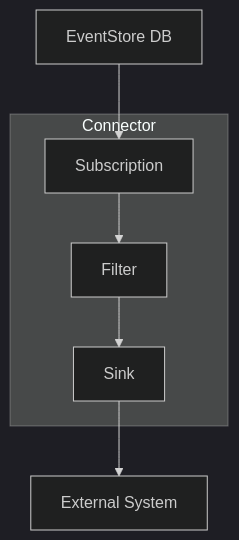
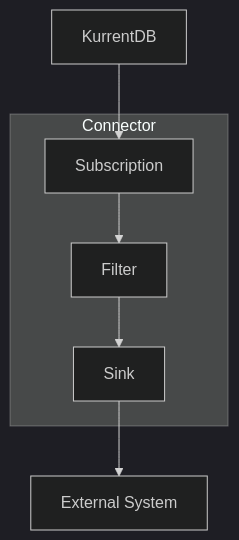
Before and after one commit to EventStore/EventStore: the first of 3 diagrams in docs/server/features/connectors/README.md, drawn with Mermaid (dark theme). The commit also changed other lines of this file and 7 other files, not shown here.

````diff
--- a/docs/server/features/connectors/README.md
+++ b/docs/server/features/connectors/README.md
@@ -16,13 +16,13 @@
 ```mermaid
 graph TD
-    A[EventStore DB] --> B[Subscription]
+    A[KurrentDB] --> B[Subscription]
     B --> C[Filter]
     C --> D[Sink]
     D --> E[External System]
     
     subgraph Connector
     B
     C
     D
     end
 ```
````
